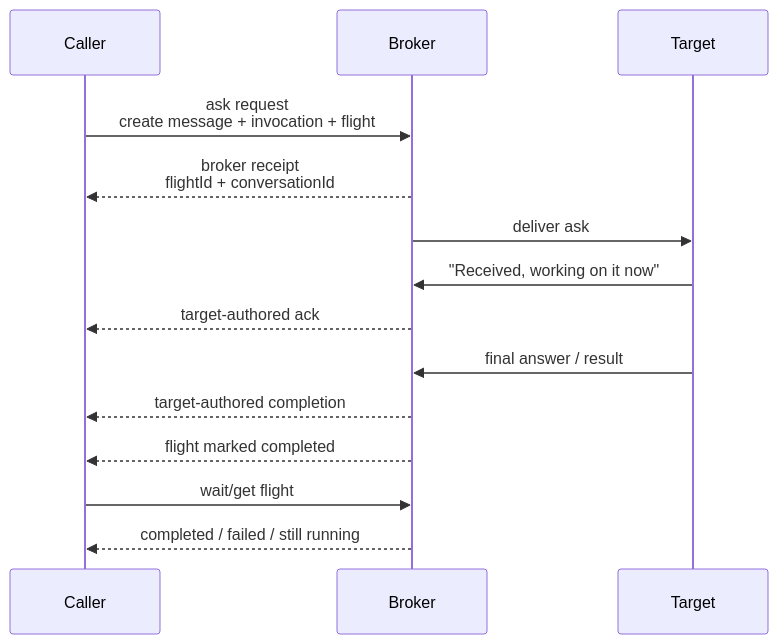
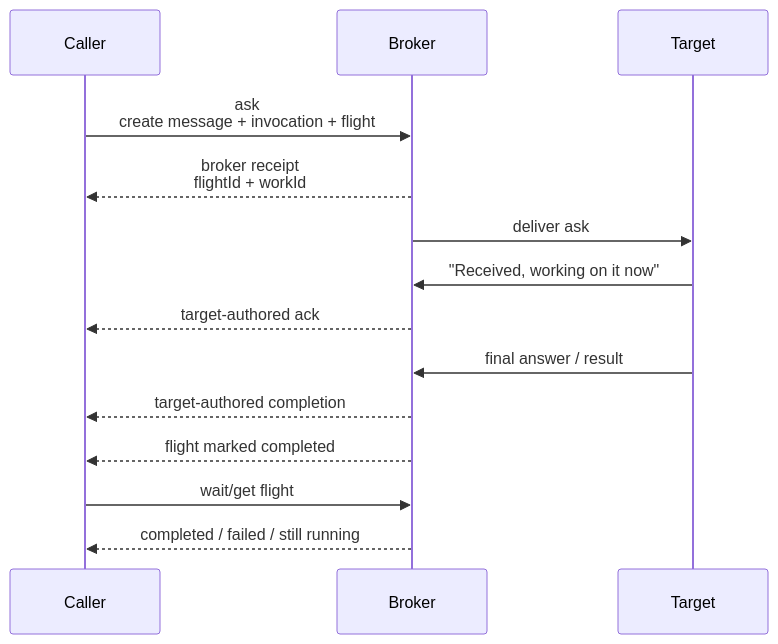
The second of 2 diagrams in docs/scout-comms.md (arach/openscout), drawn with Mermaid before and after one commit. The commit also changed other lines of this file and 32 other files, not shown here.

````diff
--- a/docs/scout-comms.md
+++ b/docs/scout-comms.md
@@ -177,20 +175,20 @@
 ```mermaid
 sequenceDiagram
   participant Caller
   participant Broker
   participant Target
 
-  Caller->>Broker: ask request<br/>create message + invocation + flight
-  Broker-->>Caller: broker receipt<br/>flightId + conversationId
+  Caller->>Broker: ask<br/>create message + invocation + flight
+  Broker-->>Caller: broker receipt<br/>flightId + workId
 
   Broker->>Target: deliver ask
   Target->>Broker: "Received, working on it now"
   Broker-->>Caller: target-authored ack
 
   Target->>Broker: final answer / result
   Broker-->>Caller: target-authored completion
   Broker-->>Caller: flight marked completed
 
   Caller->>Broker: wait/get flight
   Broker-->>Caller: completed / failed / still running
 ```
````
